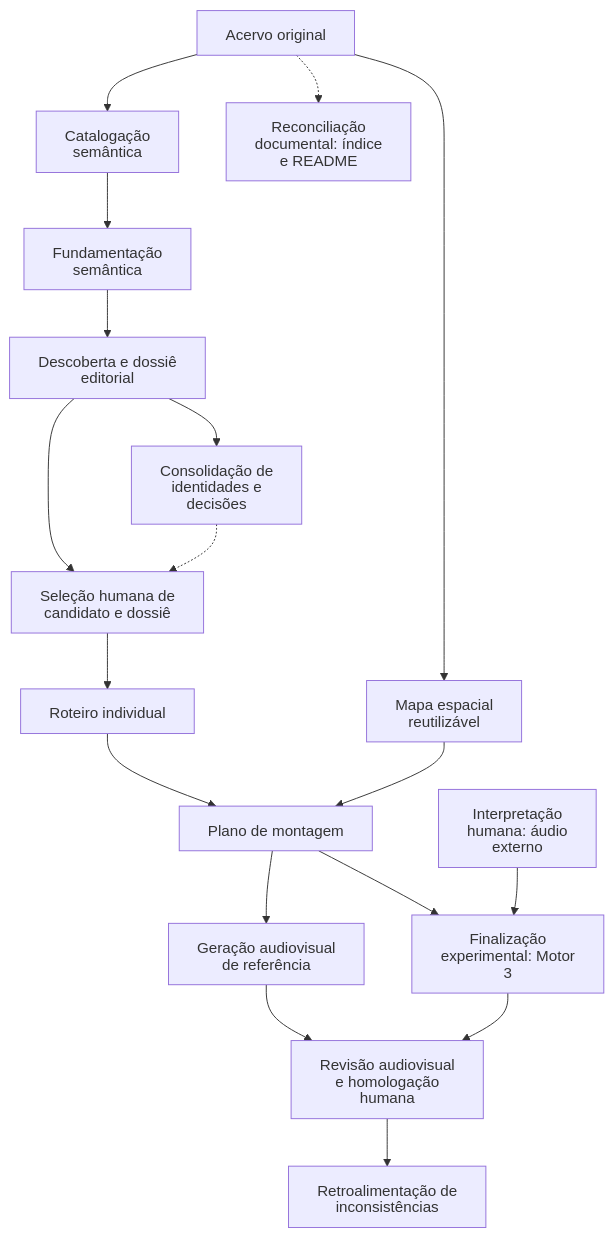
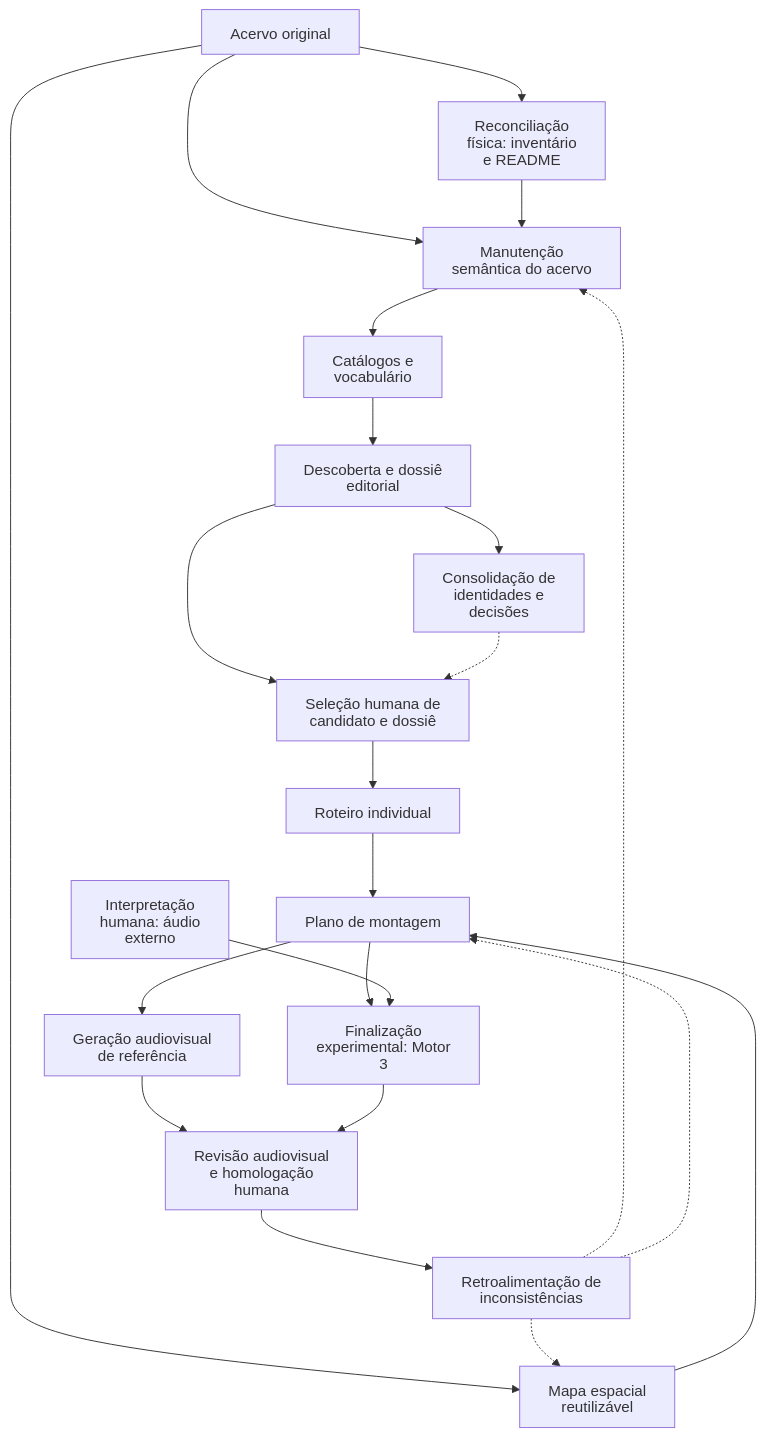
The diagram in README.md (repiazza/Class_Material), drawn with Mermaid before and after one commit. The commit also changed other lines of this file and 4 other files, not shown here.

````diff
--- a/README.md
+++ b/README.md
@@ -10,51 +10,55 @@
 ```mermaid
 %%{init: {"htmlLabels": false, "markdownAutoWrap": false, "flowchart": {"htmlLabels": false, "wrappingWidth": 240}}}%%
 flowchart TD
     A["Acervo original"]
-    K["Catalogação<br/>semântica"]
-    B["Fundamentação<br/>semântica"]
+    K["Manutenção<br/>semântica do acervo"]
+    B["Catálogos e<br/>vocabulário"]
     C["Descoberta e dossiê<br/>editorial"]
     I["Consolidação de<br/>identidades e<br/>decisões"]
     J["Seleção humana de<br/>candidato e dossiê"]
     E["Roteiro individual"]
     F["Mapa espacial<br/>reutilizável"]
     G["Plano de montagem"]
     H["Geração audiovisual<br/>de referência"]
     U["Interpretação<br/>humana: áudio<br/>externo"]
     T["Finalização<br/>experimental: Motor<br/>3"]
     V["Revisão audiovisual<br/>e homologação<br/>humana"]
     R["Retroalimentação de<br/>inconsistências"]
-    Q["Reconciliação<br/>documental: índice<br/>e README"]
+    Q["Reconciliação<br/>física: inventário<br/>e README"]
+    A --> Q
     A --> K
+    Q --> K
     K --> B
     B --> C
     C --> I
     C --> J
-    I -.-> J
     J --> E
     A --> F
     E --> G
     F --> G
     G --> H
     G --> T
     U --> T
     H --> V
     T --> V
     V --> R
-    A -.-> Q
+    I -.-> J
+    R -.-> K
+    R -.-> F
+    R -.-> G
     click A "./inventario.csv" "Consultar fonte"
     click K "./curadoria/protocolo_catalogacao_semantica.md" "Consultar fonte"
     click B "./curadoria/vocabulario_controlado.md" "Consultar fonte"
     click C "./curadoria/protocolo_roteirizacao.md" "Consultar fonte"
     click I "./curadoria/protocolo_consolidacao_editorial.md" "Consultar fonte"
     click J "./AGENTS.md" "Consultar fonte"
     click E "./curadoria/protocolo_roteiro_individual.md" "Consultar fonte"
     click F "./curadoria/protocolo_mapeamento_espacial.md" "Consultar fonte"
     click G "./curadoria/protocolo_montagem_audiovisual.md" "Consultar fonte"
     click H "./curadoria/contrato_entrega_video.md" "Consultar fonte"
     click U "./videos/motor3/README.md" "Consultar fonte"
     click T "./videos/motor3/__main__.py" "Consultar fonte"
     click V "./curadoria/protocolo_revisao_audiovisual.md" "Consultar fonte"
     click R "./curadoria/protocolo_retroalimentacao.md" "Consultar fonte"
     click Q "./ferramentas/reconciliar_documentacao.py" "Consultar fonte"
 ```
````
